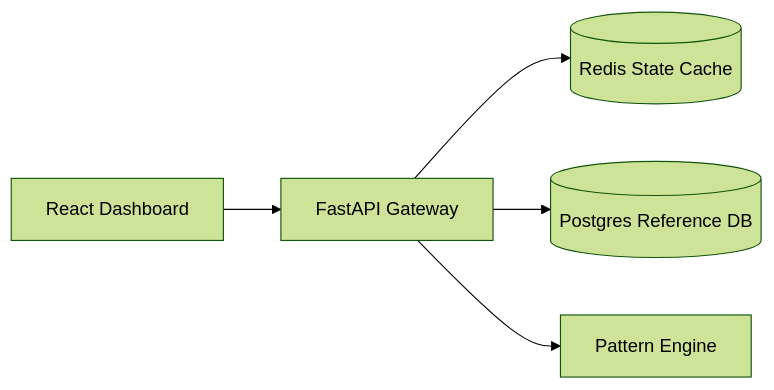
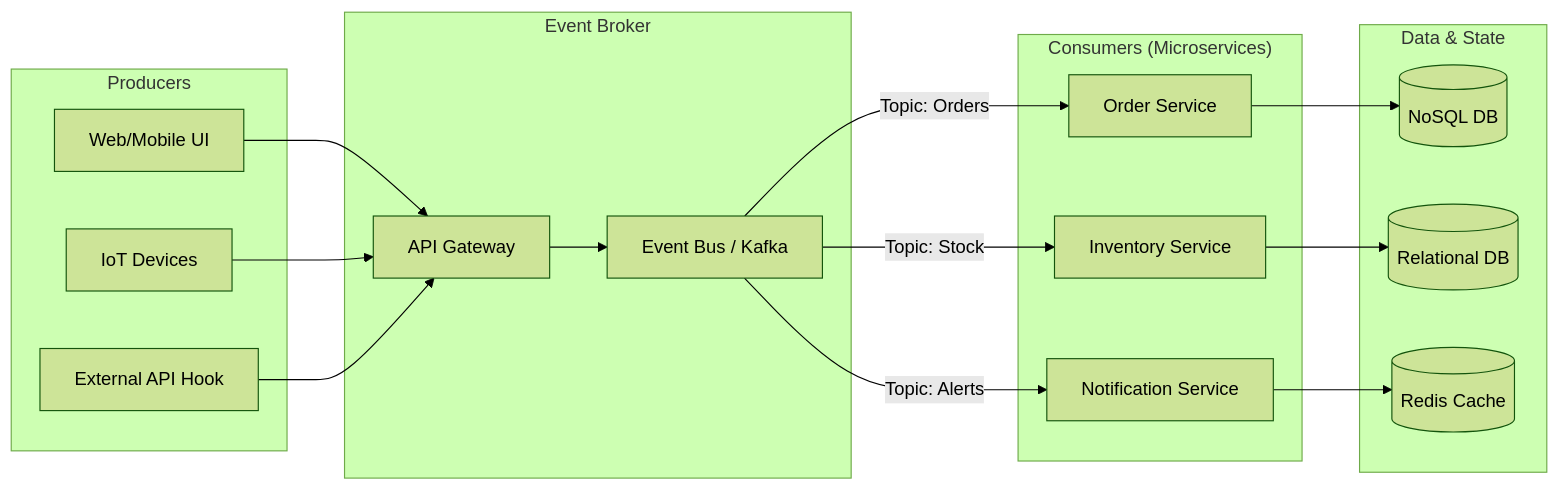
One commit to Devopstrio/zero-trust-reference changed diagram 11 of 12 in README.md. Above: the diagram before and after it, drawn with Mermaid (forest theme). The commit also changed other lines of this file and 2 other files, not shown here.

Commit message:
docs: update with high-level enterprise architecture diagrams

````diff
--- a/README.md
+++ b/README.md
@@ -104,7 +443,36 @@
 ```mermaid
 graph LR
-    UI[React Dashboard] --> API[FastAPI Gateway]
-    API --> Cache[(Redis State Cache)]
-    API --> DB[(Postgres Reference DB)]
-    API --> Engine[Pattern Engine]
+    subgraph "Producers"
+        UI[Web/Mobile UI]
+        IoT[IoT Devices]
+        API[External API Hook]
+    end
+
+    subgraph "Event Broker"
+        Gateway[API Gateway]
+        Kafka[Event Bus / Kafka]
+        Gateway --> Kafka
+    end
+
+    subgraph "Consumers (Microservices)"
+        Order[Order Service]
+        Inventory[Inventory Service]
+        Notify[Notification Service]
+        Kafka -->|Topic: Orders| Order
+        Kafka -->|Topic: Stock| Inventory
+        Kafka -->|Topic: Alerts| Notify
+    end
+
+    subgraph "Data & State"
+        DB1[(NoSQL DB)]
+        DB2[(Relational DB)]
+        Cache[(Redis Cache)]
+        Order --> DB1
+        Inventory --> DB2
+        Notify --> Cache
+    end
+
+    UI --> Gateway
+    IoT --> Gateway
+    API --> Gateway
 ```
````
